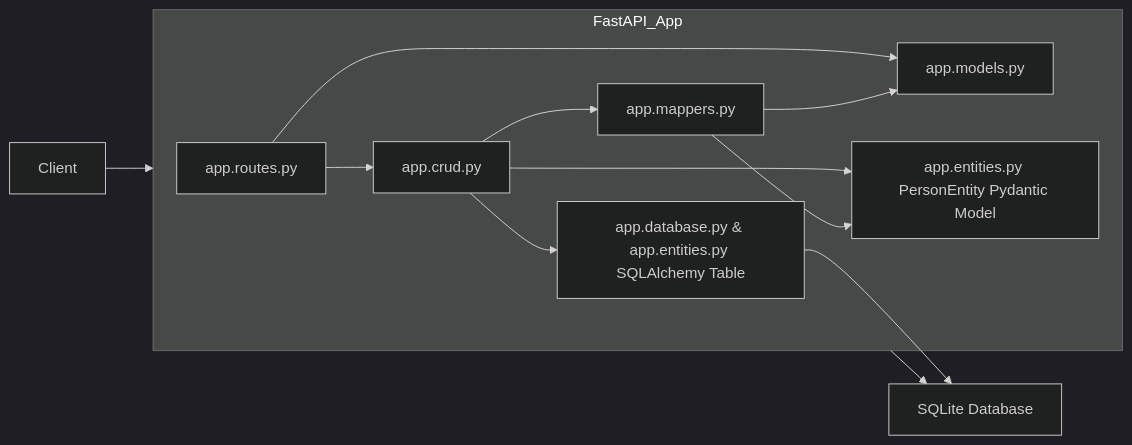
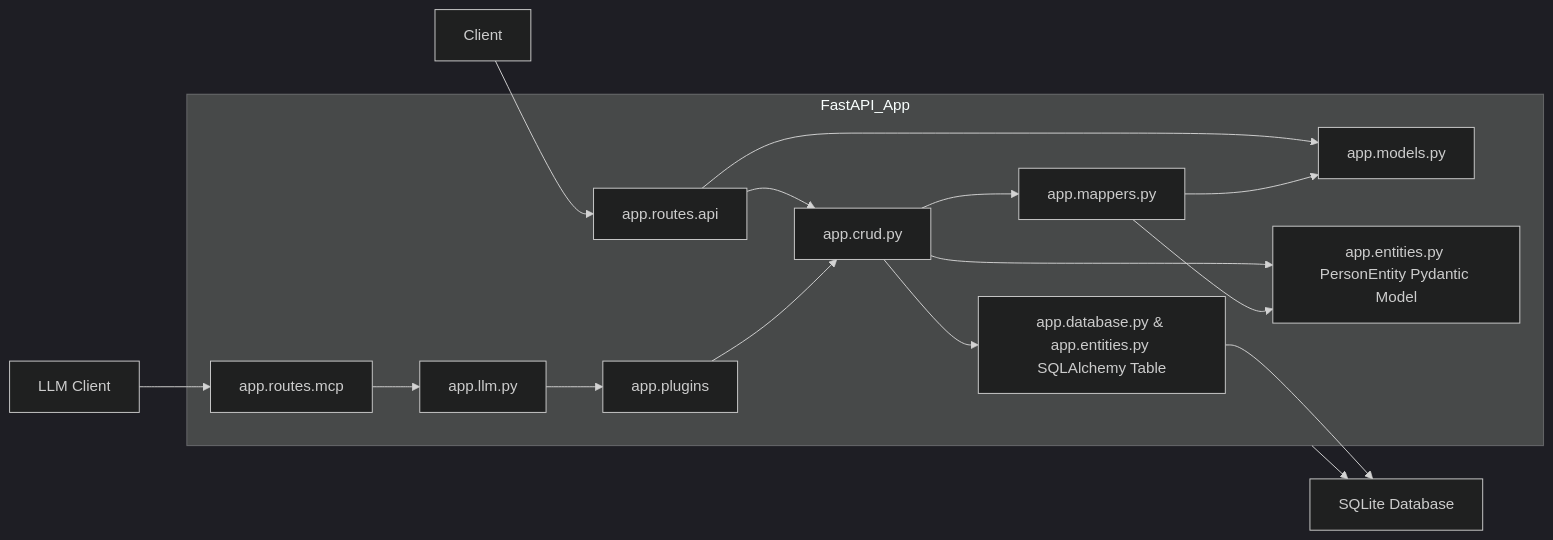
The first of 4 diagrams in .docs/ARCHITECTURE.md (cfryerdev/python-learning), drawn with Mermaid (dark theme) before and after one commit. The commit also changed other lines of this file and 3 other files, not shown here.

````diff
--- a/.docs/ARCHITECTURE.md
+++ b/.docs/ARCHITECTURE.md
@@ -9,17 +9,21 @@
 ```mermaid
 graph LR
-    Client --> FastAPI_App[FastAPI Application]
-    FastAPI_App --> Database[SQLite Database]
+    Client --> Router[app.routes.api]
+    LLM_Client[LLM Client] --> MCP_Endpoints[app.routes.mcp]
+    FastAPI_App[FastAPI Application] --> Database[SQLite Database]
 
     subgraph FastAPI_App
-        Router[app.routes.py] --> CRUD[app.crud.py]
+        Router --> CRUD[app.crud.py]
         Router --> API_Models[app.models.py]
+        MCP_Endpoints --> LLM_Kernel[app.llm.py]
+        LLM_Kernel --> Plugins[app.plugins]
+        Plugins --> CRUD
         CRUD --> Mappers[app.mappers.py]
         CRUD --> DB_Entities_Model[app.entities.py PersonEntity Pydantic Model]
         Mappers --> API_Models
         Mappers --> DB_Entities_Model
         CRUD --> DB_Interface[app.database.py & app.entities.py SQLAlchemy Table]
     end
 
     DB_Interface --> Database
 ```
````
